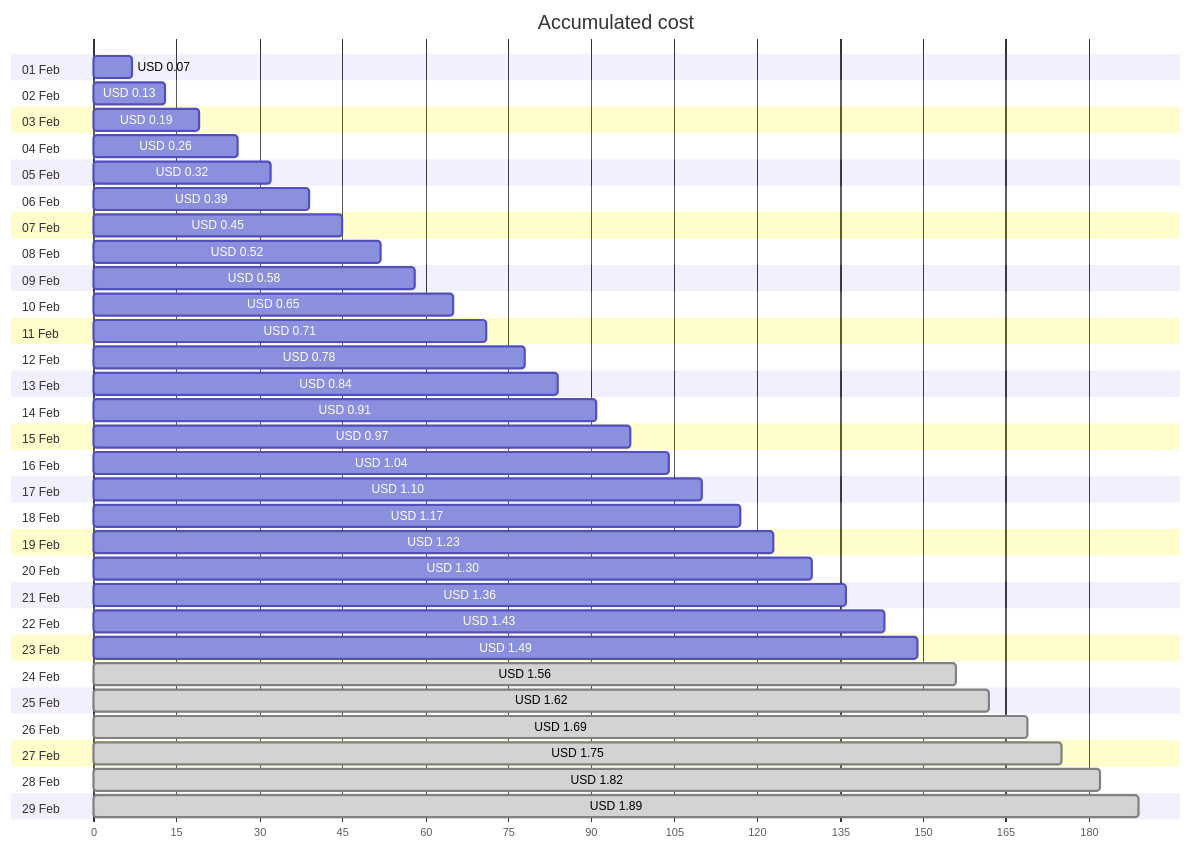
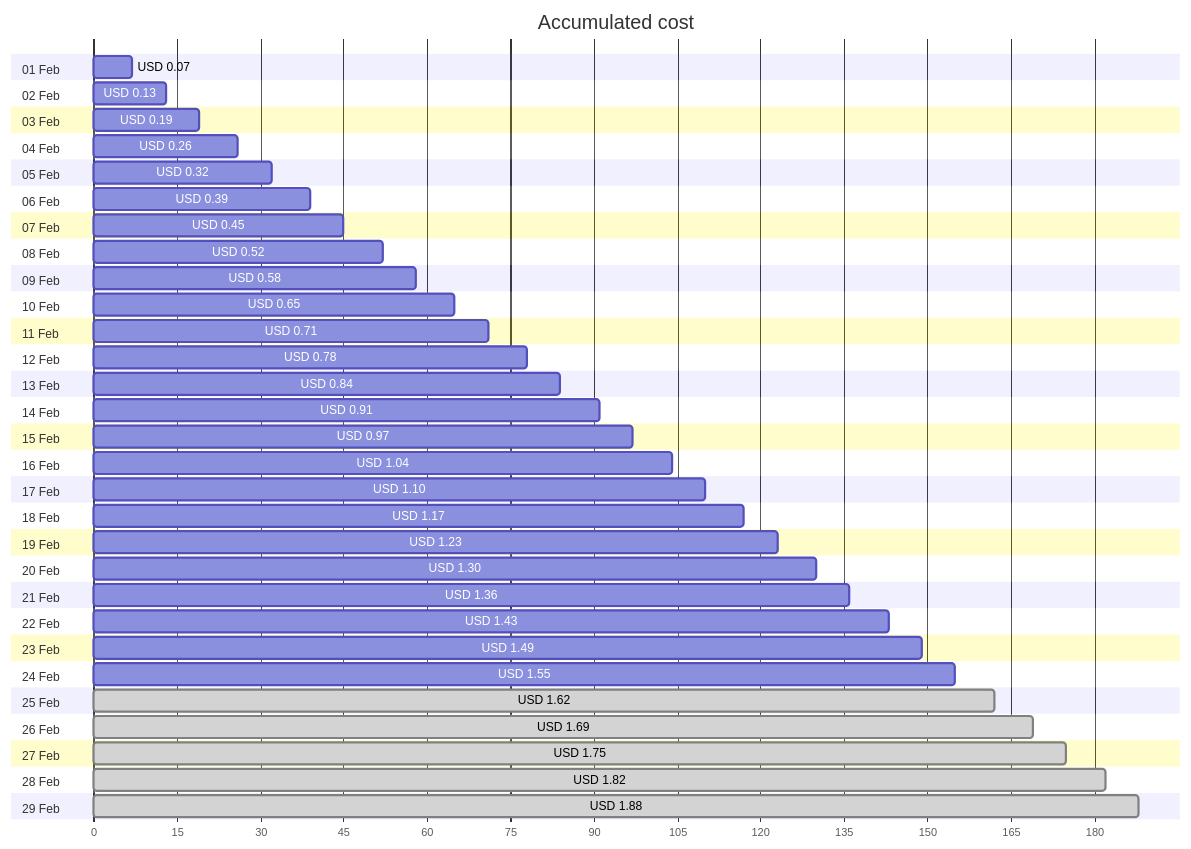
Before and after one commit to jpfulton/azure-personal-reports: the first of 4 diagrams in cost-reports/personal-network/backup-server_OsDisk.md, drawn with Mermaid. The commit also changed other lines of this file and 8 other files, not shown here.

````diff
--- a/cost-reports/personal-network/backup-server_OsDisk.md
+++ b/cost-reports/personal-network/backup-server_OsDisk.md
@@ -20,64 +20,64 @@
 ```mermaid
 gantt
    title Accumulated cost
    dateFormat  X
    axisFormat %s
    section 01 Feb
    USD 0.07 :0, 7
    section 02 Feb
    USD 0.13 :0, 13
    section 03 Feb
    USD 0.19 :0, 19
    section 04 Feb
    USD 0.26 :0, 26
    section 05 Feb
    USD 0.32 :0, 32
    section 06 Feb
    USD 0.39 :0, 39
    section 07 Feb
    USD 0.45 :0, 45
    section 08 Feb
    USD 0.52 :0, 52
    section 09 Feb
    USD 0.58 :0, 58
    section 10 Feb
    USD 0.65 :0, 65
    section 11 Feb
    USD 0.71 :0, 71
    section 12 Feb
    USD 0.78 :0, 78
    section 13 Feb
    USD 0.84 :0, 84
    section 14 Feb
    USD 0.91 :0, 91
    section 15 Feb
    USD 0.97 :0, 97
    section 16 Feb
    USD 1.04 :0, 104
    section 17 Feb
    USD 1.10 :0, 110
    section 18 Feb
    USD 1.17 :0, 117
    section 19 Feb
    USD 1.23 :0, 123
    section 20 Feb
    USD 1.30 :0, 130
    section 21 Feb
    USD 1.36 :0, 136
    section 22 Feb
    USD 1.43 :0, 143
    section 23 Feb
    USD 1.49 :0, 149
    section 24 Feb
-   USD 1.56 : done, 0, 156
+   USD 1.55 :0, 155
    section 25 Feb
    USD 1.62 : done, 0, 162
    section 26 Feb
    USD 1.69 : done, 0, 169
    section 27 Feb
    USD 1.75 : done, 0, 175
    section 28 Feb
    USD 1.82 : done, 0, 182
    section 29 Feb
-   USD 1.89 : done, 0, 189
+   USD 1.88 : done, 0, 188
 ```
````
